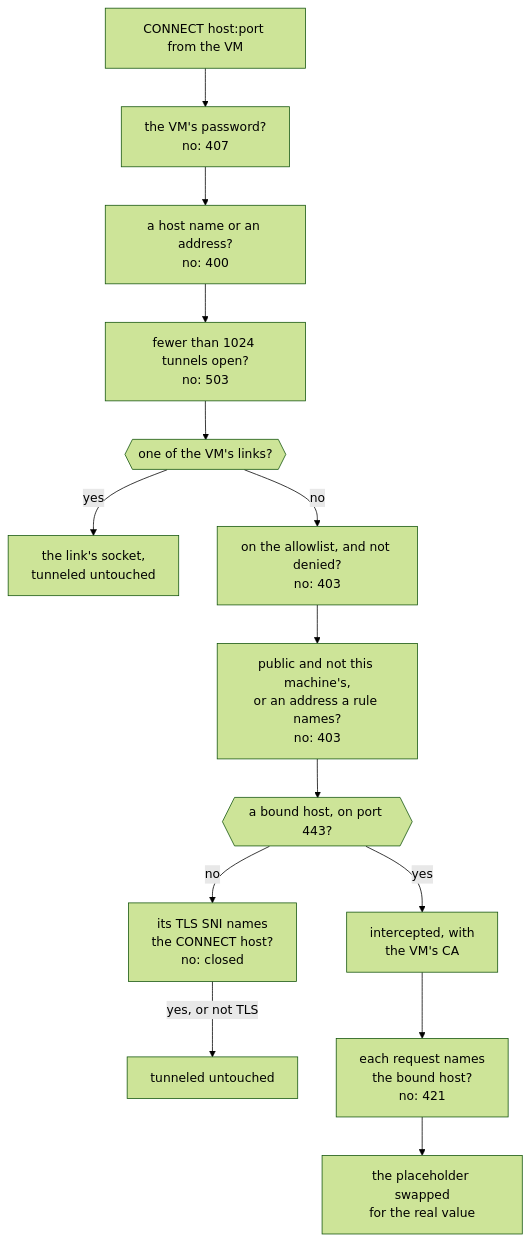
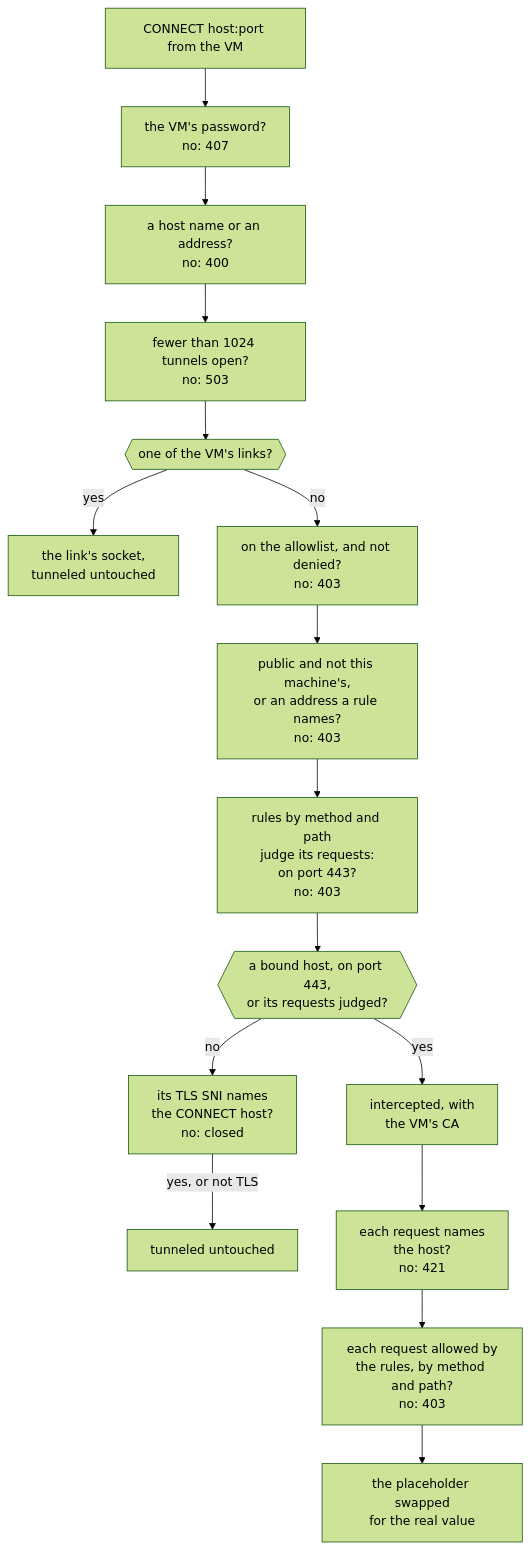
One commit to DustyPolk/devvm changed the first of 2 diagrams in docs/content/docs/internals/network.md. Above: the diagram before and after it, drawn with Mermaid (forest theme). The commit also changed other lines of this file and 48 other files, not shown here.

````diff
--- a/docs/content/docs/internals/network.md
+++ b/docs/content/docs/internals/network.md
@@ -47,16 +48,18 @@
 ```mermaid
 flowchart TD
   conn["CONNECT host:port from the VM"] --> pw["the VM's password?<br>no: 407"]
   pw --> name["a host name or an address?<br>no: 400"]
   name --> room["fewer than 1024 tunnels open?<br>no: 503"]
   room --> link{{"one of the VM's links?"}}
   link -- "yes" --> linked["the link's socket,<br>tunneled untouched"]
   link -- "no" --> allow["on the allowlist, and not denied?<br>no: 403"]
   allow --> floor["public and not this machine's,<br>or an address a rule names?<br>no: 403"]
-  floor --> bound{{"a bound host, on port 443?"}}
+  floor --> narrowed["rules by method and path<br>judge its requests:<br>on port 443?<br>no: 403"]
+  narrowed --> bound{{"a bound host, on port 443,<br>or its requests judged?"}}
   bound -- "no" --> sni["its TLS SNI names<br>the CONNECT host?<br>no: closed"]
   sni -- "yes, or not TLS" --> tunnel["tunneled untouched"]
   bound -- "yes" --> intercept["intercepted, with<br>the VM's CA"]
-  intercept --> named["each request names<br>the bound host?<br>no: 421"]
-  named --> swap["the placeholder swapped<br>for the real value"]
+  intercept --> named["each request names<br>the host?<br>no: 421"]
+  named --> rules["each request allowed by<br>the rules, by method and path?<br>no: 403"]
+  rules --> swap["the placeholder swapped<br>for the real value"]
 ```
````
